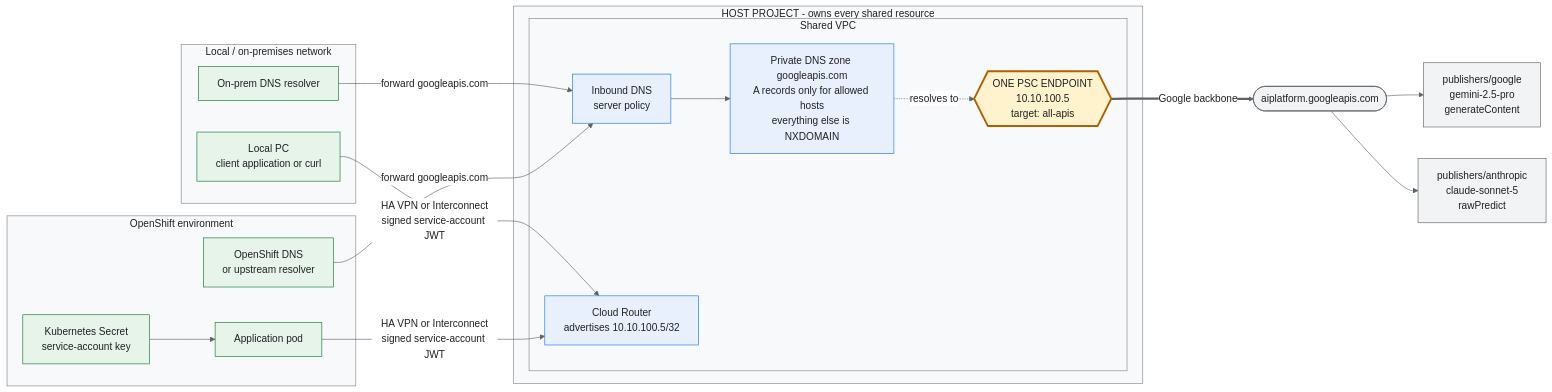
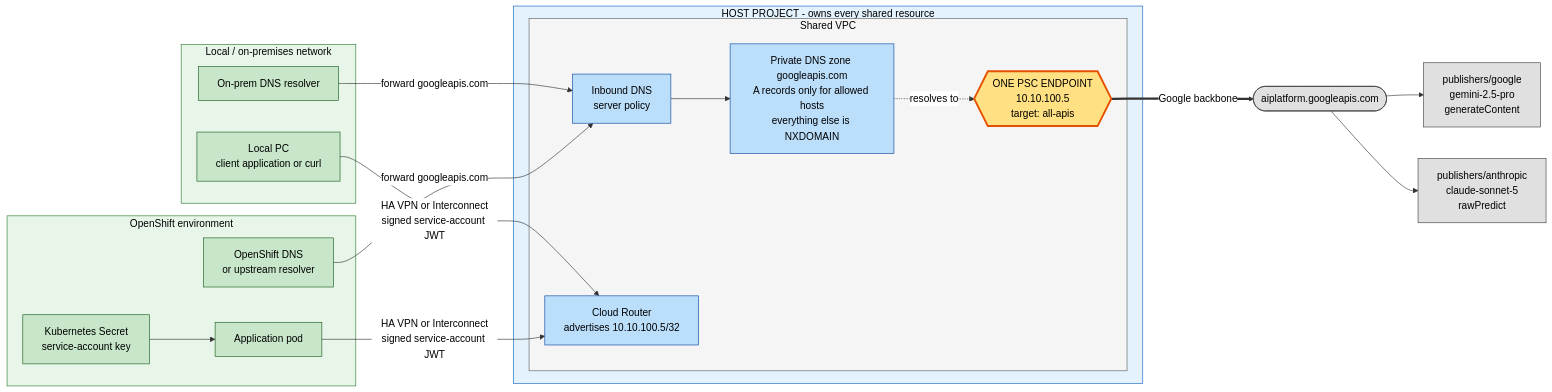
The first of 4 diagrams in docs/VERTEX-AI-PSC-ONPREM.md (UttamGiri/GCP-Bootstrap), drawn with Mermaid before and after one commit. The commit also changed other lines of this file, not shown here.

First line of the commit message:
Force Mermaid light theme for GitHub dark mode.

````diff
--- a/docs/VERTEX-AI-PSC-ONPREM.md
+++ b/docs/VERTEX-AI-PSC-ONPREM.md
@@ -13,47 +17,51 @@
 ```mermaid
-%%{init: {'theme': 'base', 'themeVariables': {'background': '#ffffff', 'mainBkg': '#ffffff', 'primaryColor': '#e8f0fe', 'primaryTextColor': '#202124', 'primaryBorderColor': '#1a73e8', 'secondaryColor': '#e6f4ea', 'secondaryTextColor': '#202124', 'tertiaryColor': '#fff8e1', 'tertiaryTextColor': '#202124', 'lineColor': '#5f6368', 'textColor': '#202124', 'clusterBkg': '#f8f9fa', 'clusterBorder': '#80868b', 'titleColor': '#202124', 'edgeLabelBackground': '#ffffff'}}}%%
+%%{init: {'theme': 'neutral', 'themeVariables': {'darkMode': false, 'background': '#ffffff', 'mainBkg': '#ffffff', 'primaryTextColor': '#000000', 'secondaryTextColor': '#000000', 'tertiaryTextColor': '#000000', 'textColor': '#000000', 'lineColor': '#333333', 'clusterBkg': '#eeeeee', 'clusterBorder': '#666666', 'titleColor': '#000000', 'edgeLabelBackground': '#ffffff'}}}%%
 flowchart LR
     subgraph LOCAL["Local / on-premises network"]
         PC["Local PC<br/>client application or curl"]
         RES["On-prem DNS resolver"]
     end
 
     subgraph OCP["OpenShift environment"]
         POD["Application pod"]
         SECRET["Kubernetes Secret<br/>service-account key"]
         OCPDNS["OpenShift DNS<br/>or upstream resolver"]
     end
 
     subgraph HOST["HOST PROJECT - owns every shared resource"]
         subgraph VPC["Shared VPC"]
             PSC{{"ONE PSC ENDPOINT<br/>10.10.100.5<br/>target: all-apis"}}
             ZONE["Private DNS zone googleapis.com<br/>A records only for allowed hosts<br/>everything else is NXDOMAIN"]
             POL["Inbound DNS<br/>server policy"]
             RTR["Cloud Router<br/>advertises 10.10.100.5/32"]
         end
     end
 
     API(["aiplatform.googleapis.com"])
     GEM["publishers/google<br/>gemini-2.5-pro<br/>generateContent"]
     CLA["publishers/anthropic<br/>claude-sonnet-5<br/>rawPredict"]
 
     RES -->|"forward googleapis.com"| POL
     OCPDNS -->|"forward googleapis.com"| POL
     POL --> ZONE
     ZONE -.->|"resolves to"| PSC
     PC -->|"HA VPN or Interconnect<br/>signed service-account JWT"| RTR
     POD -->|"HA VPN or Interconnect<br/>signed service-account JWT"| RTR
     SECRET --> POD
     PSC ==>|"Google backbone"| API
     API --> GEM
     API --> CLA
 
-    classDef shared fill:#e8f0fe,stroke:#1a73e8,color:#202124
-    classDef one fill:#fff3cd,stroke:#b06000,stroke-width:3px,color:#202124
-    classDef svc fill:#e6f4ea,stroke:#137333,color:#202124
-    classDef ext fill:#f1f3f4,stroke:#5f6368,color:#202124
+    classDef shared fill:#BBDEFB,stroke:#0D47A1,color:#000000
+    classDef one fill:#FFE082,stroke:#E65100,stroke-width:3px,color:#000000
+    classDef svc fill:#C8E6C9,stroke:#1B5E20,color:#000000
+    classDef ext fill:#E0E0E0,stroke:#424242,color:#000000
     class ZONE,POL,RTR shared
     class PSC one
     class PC,RES,POD,SECRET,OCPDNS svc
     class API,GEM,CLA ext
+    style LOCAL fill:#E8F5E9,stroke:#2E7D32,color:#000000
+    style OCP fill:#E8F5E9,stroke:#2E7D32,color:#000000
+    style HOST fill:#E3F2FD,stroke:#1565C0,color:#000000
+    style VPC fill:#F5F5F5,stroke:#616161,color:#000000
 ```
````
